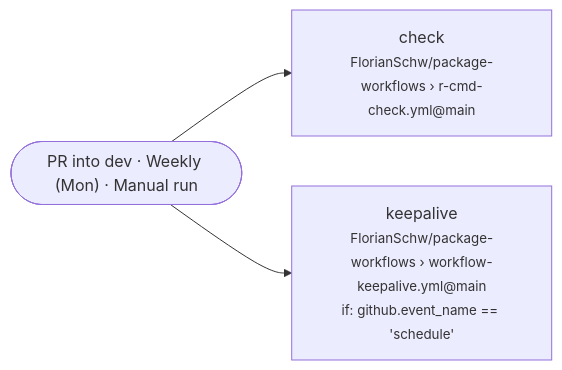
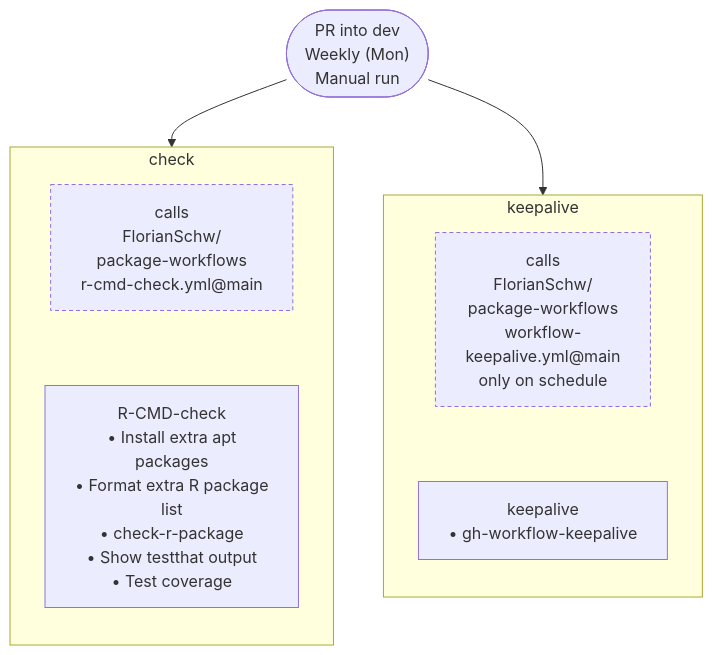
Before and after one commit to nfdi4health/dsSupportClient: the tenth of 15 diagrams in .github/workflow-graphs/README.md, drawn with Mermaid. The commit also changed other lines of this file, not shown here.

Commit message:
docs: update workflow diagrams

````diff
--- a/.github/workflow-graphs/README.md
+++ b/.github/workflow-graphs/README.md
@@ -105,8 +233,19 @@
 ```mermaid
-flowchart LR
-  start(["PR into dev · Weekly (Mon) · Manual run"])
-  job_check["check<br/><small>FlorianSchw/package-workflows › r-cmd-check.yml@main</small>"]
+flowchart TD
+  start(["PR into dev<br/>Weekly (Mon)<br/>Manual run"])
+  subgraph job_check ["check"]
+    direction TB
+    job_check__ref["calls<br/>FlorianSchw/<br/>package-workflows<br/>r-cmd-check.yml@main"]:::refnote
+    job_check__R_CMD_check["R-CMD-check<br/>• Install extra apt<br/>packages<br/>• Format extra R package<br/>list<br/>• check-r-package<br/>• Show testthat output<br/>• Test coverage"]
+    job_check__ref ~~~ job_check__R_CMD_check
+  end
   start --> job_check
-  job_keepalive["keepalive<br/><small>FlorianSchw/package-workflows › workflow-keepalive.yml@main</small><br/><small>if: github.event_name == 'schedule'</small>"]
+  subgraph job_keepalive ["keepalive"]
+    direction TB
+    job_keepalive__ref["calls<br/>FlorianSchw/<br/>package-workflows<br/>workflow-<br/>keepalive.yml@main<br/>only on schedule"]:::refnote
+    job_keepalive__keepalive["keepalive<br/>• gh-workflow-keepalive"]
+    job_keepalive__ref ~~~ job_keepalive__keepalive
+  end
   start --> job_keepalive
+  classDef refnote stroke-dasharray: 4 3
 ```
````
